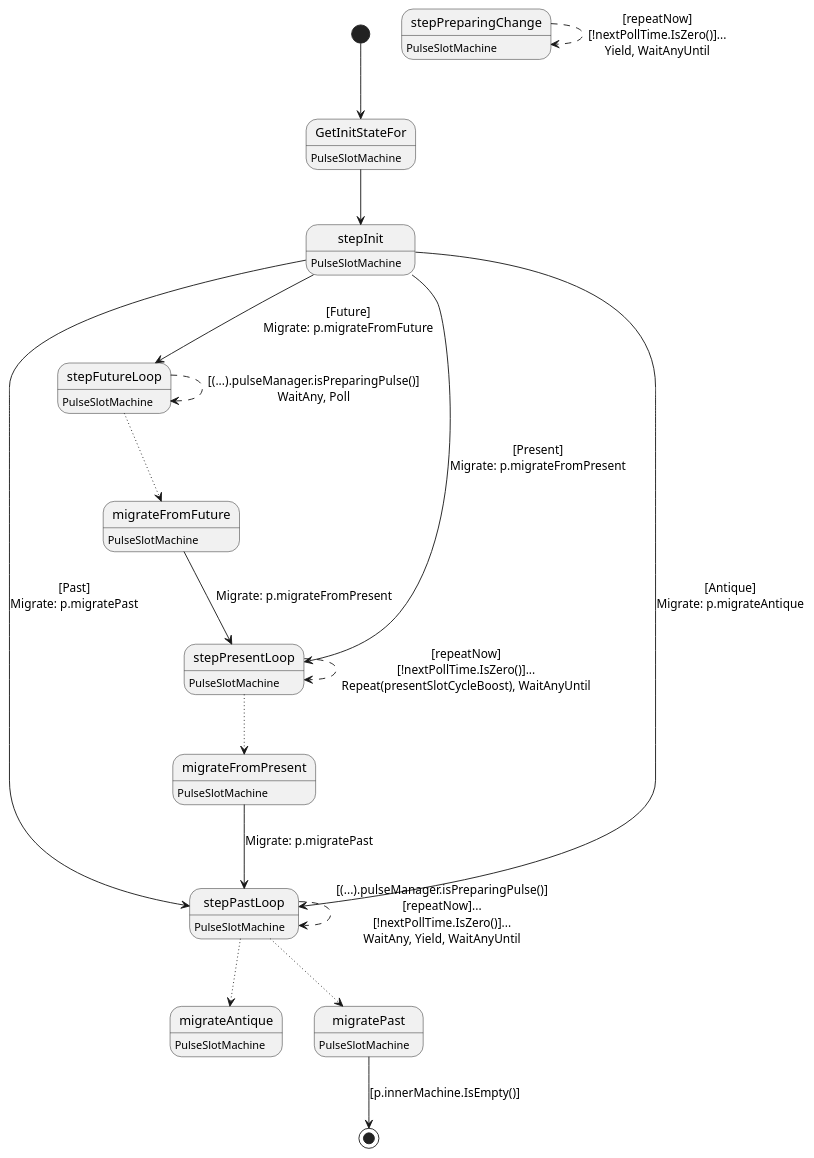
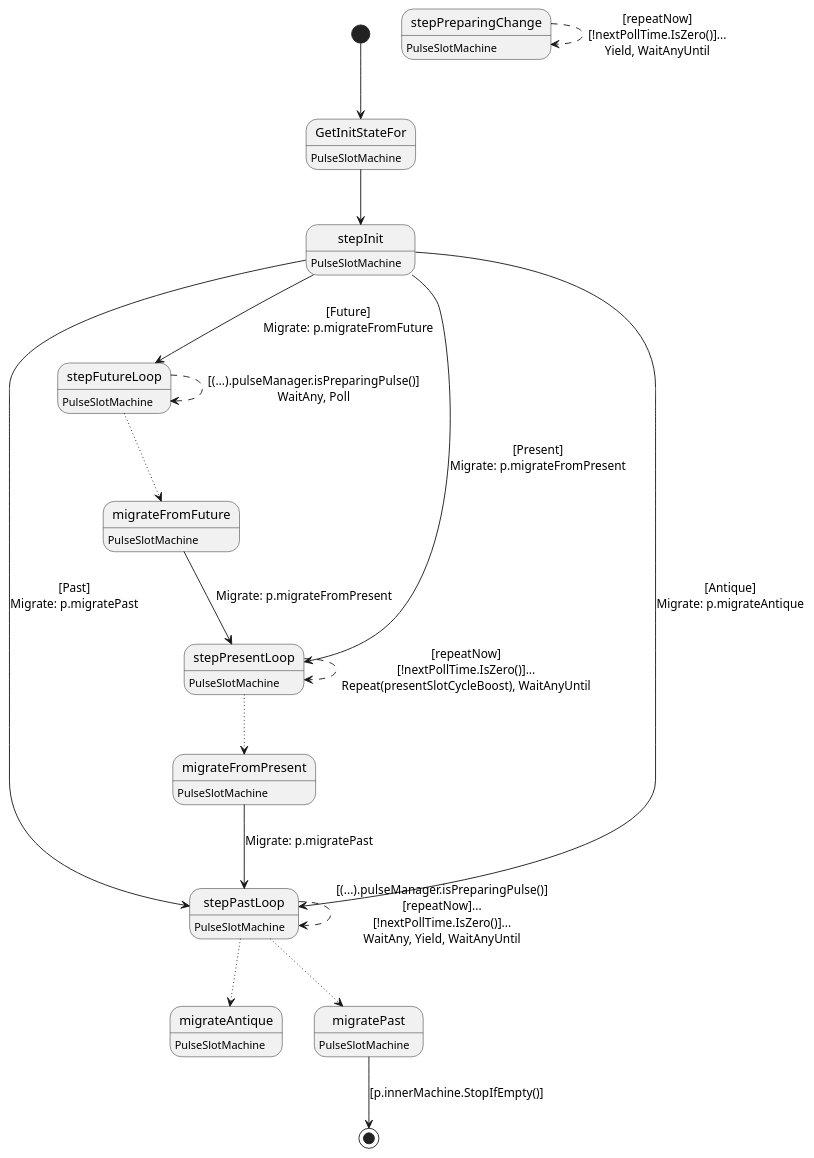
One commit to insolar/assured-ledger changed the diagram in ledger-core/conveyor/sm_pulse_slot.plantuml. Above: the diagram before and after it, drawn with PlantUML. The commit also changed 162 other files, not shown here.

```diff
--- a/ledger-core/conveyor/sm_pulse_slot.plantuml
+++ b/ledger-core/conveyor/sm_pulse_slot.plantuml
@@ -1,39 +1,39 @@
 @startuml
 state "GetInitStateFor" as T00_S001
 T00_S001 : PulseSlotMachine
 [*] --> T00_S001
 T00_S001 --> T00_S002
 state "migrateAntique" as T00_S010
 T00_S010 : PulseSlotMachine
 state "migrateFromFuture" as T00_S004
 T00_S004 : PulseSlotMachine
 T00_S004 --> T00_S005 : Migrate: p.migrateFromPresent
 state "migrateFromPresent" as T00_S007
 T00_S007 : PulseSlotMachine
 T00_S007 --> T00_S008 : Migrate: p.migratePast
 state "migratePast" as T00_S009
 T00_S009 : PulseSlotMachine
-T00_S009 --> [*] : [p.innerMachine.IsEmpty()]
+T00_S009 --> [*] : [p.innerMachine.StopIfEmpty()]
 state "stepFutureLoop" as T00_S003
 T00_S003 : PulseSlotMachine
 T00_S003 --[dotted]> T00_S004
 T00_S003 --[dashed]> T00_S003 : [(...).pulseManager.isPreparingPulse()]\nWaitAny, Poll
 state "stepInit" as T00_S002
 T00_S002 : PulseSlotMachine
 T00_S002 --> T00_S003 : [Future]\nMigrate: p.migrateFromFuture
 T00_S002 --> T00_S005 : [Present]\nMigrate: p.migrateFromPresent
 T00_S002 --> T00_S008 : [Past]\nMigrate: p.migratePast
 T00_S002 --> T00_S008 : [Antique]\nMigrate: p.migrateAntique
 state "stepPastLoop" as T00_S008
 T00_S008 : PulseSlotMachine
 T00_S008 --[dotted]> T00_S010
 T00_S008 --[dotted]> T00_S009
 T00_S008 --[dashed]> T00_S008 : [(...).pulseManager.isPreparingPulse()]\n[repeatNow]...\n[!nextPollTime.IsZero()]...\nWaitAny, Yield, WaitAnyUntil
 state "stepPreparingChange" as T00_S006
 T00_S006 : PulseSlotMachine
 T00_S006 --[dashed]> T00_S006 : [repeatNow]\n[!nextPollTime.IsZero()]...\nYield, WaitAnyUntil
 state "stepPresentLoop" as T00_S005
 T00_S005 : PulseSlotMachine
 T00_S005 --[dotted]> T00_S007
 T00_S005 --[dashed]> T00_S005 : [repeatNow]\n[!nextPollTime.IsZero()]...\nRepeat(presentSlotCycleBoost), WaitAnyUntil
 @enduml
```
